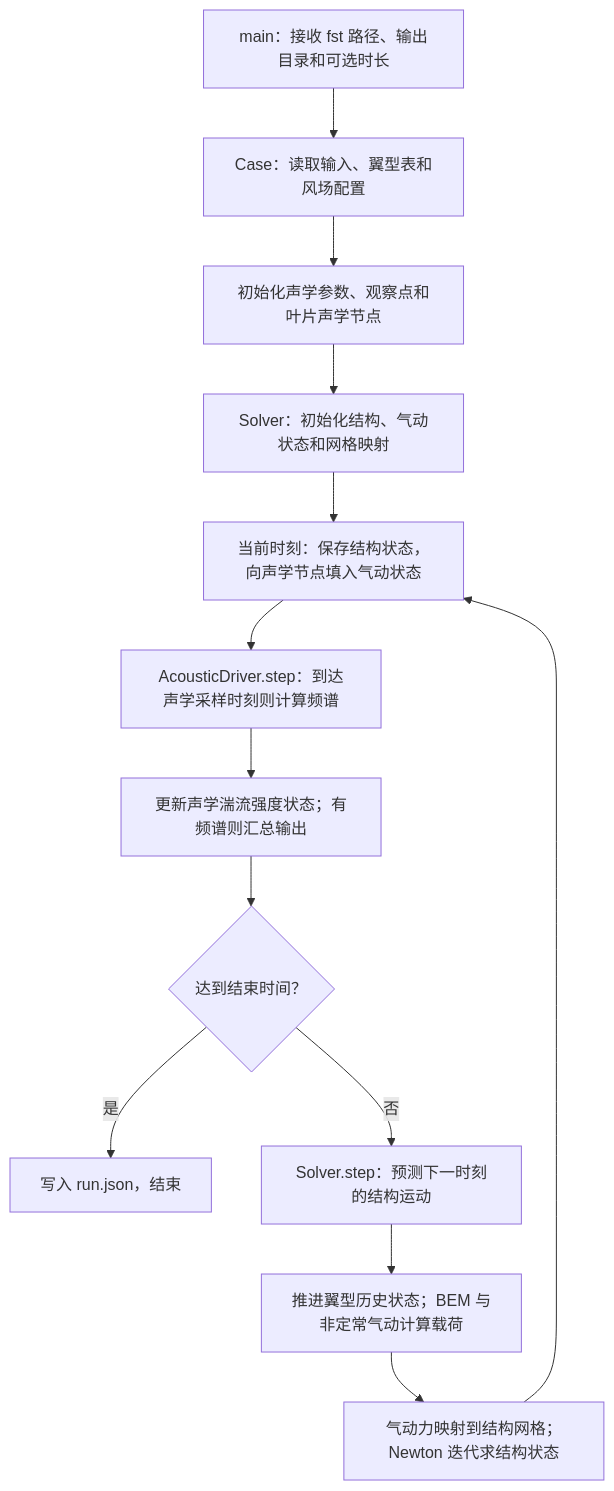
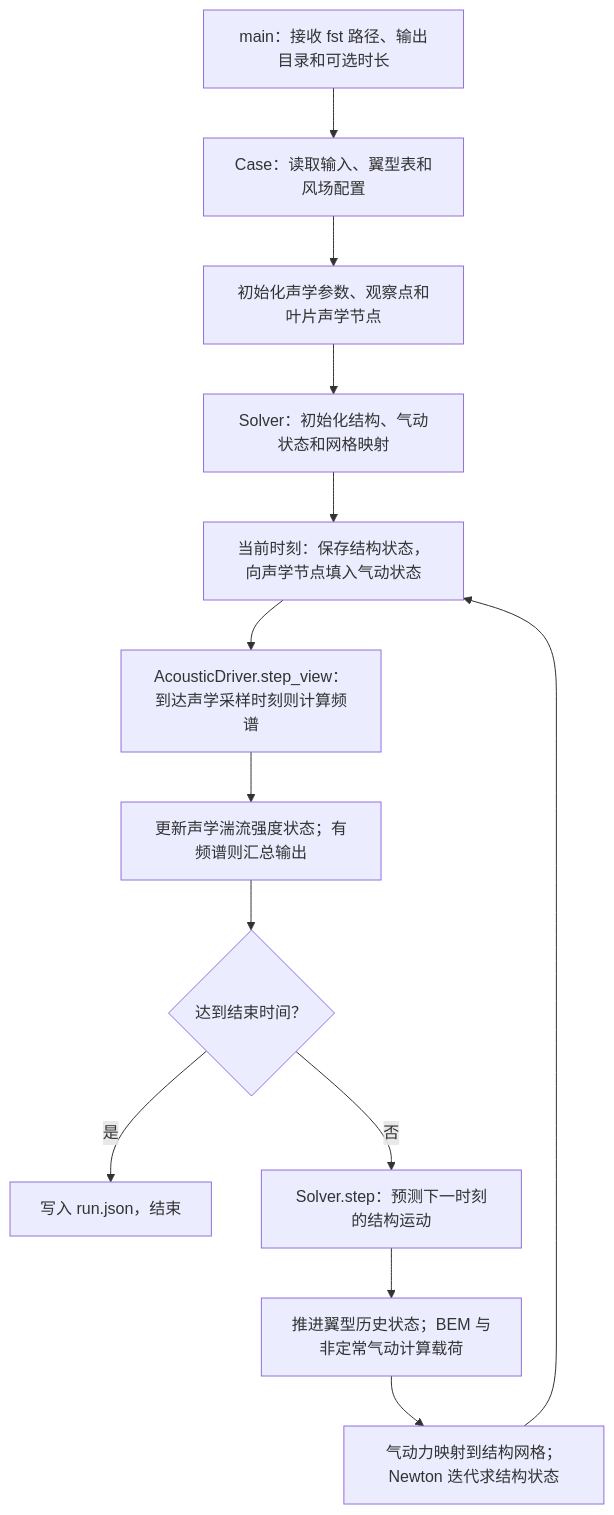
One commit to MegrezLi/Aeroacoustics_cpp changed the diagram in aeroacoustics工作流.md. Above: the diagram before and after it, drawn with Mermaid. The commit also changed other lines of this file and 30 other files, not shown here.

````diff
--- a/aeroacoustics工作流.md
+++ b/aeroacoustics工作流.md
@@ -9,15 +9,15 @@
 ```mermaid
 flowchart TD
     A[main：接收 fst 路径、输出目录和可选时长] --> B[Case：读取输入、翼型表和风场配置]
     B --> C[初始化声学参数、观察点和叶片声学节点]
     C --> D[Solver：初始化结构、气动状态和网格映射]
     D --> E[当前时刻：保存结构状态，向声学节点填入气动状态]
-    E --> F[AcousticDriver.step：到达声学采样时刻则计算频谱]
+    E --> F[AcousticDriver.step_view：到达声学采样时刻则计算频谱]
     F --> G[更新声学湍流强度状态；有频谱则汇总输出]
     G --> H{达到结束时间？}
     H -->|是| I[写入 run.json，结束]
     H -->|否| J[Solver.step：预测下一时刻的结构运动]
     J --> K[推进翼型历史状态；BEM 与非定常气动计算载荷]
     K --> L[气动力映射到结构网格；Newton 迭代求结构状态]
     L --> E
 ```
````
